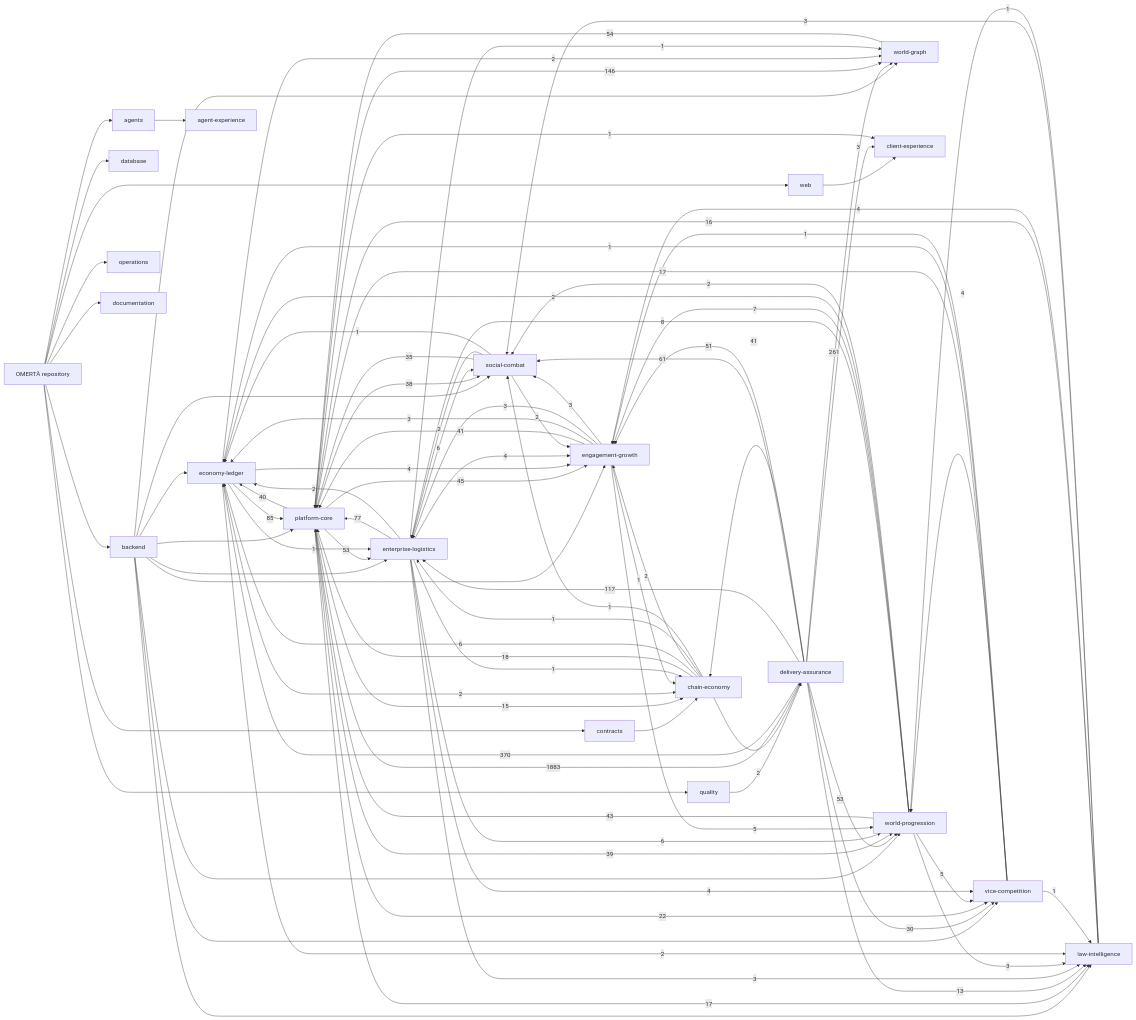
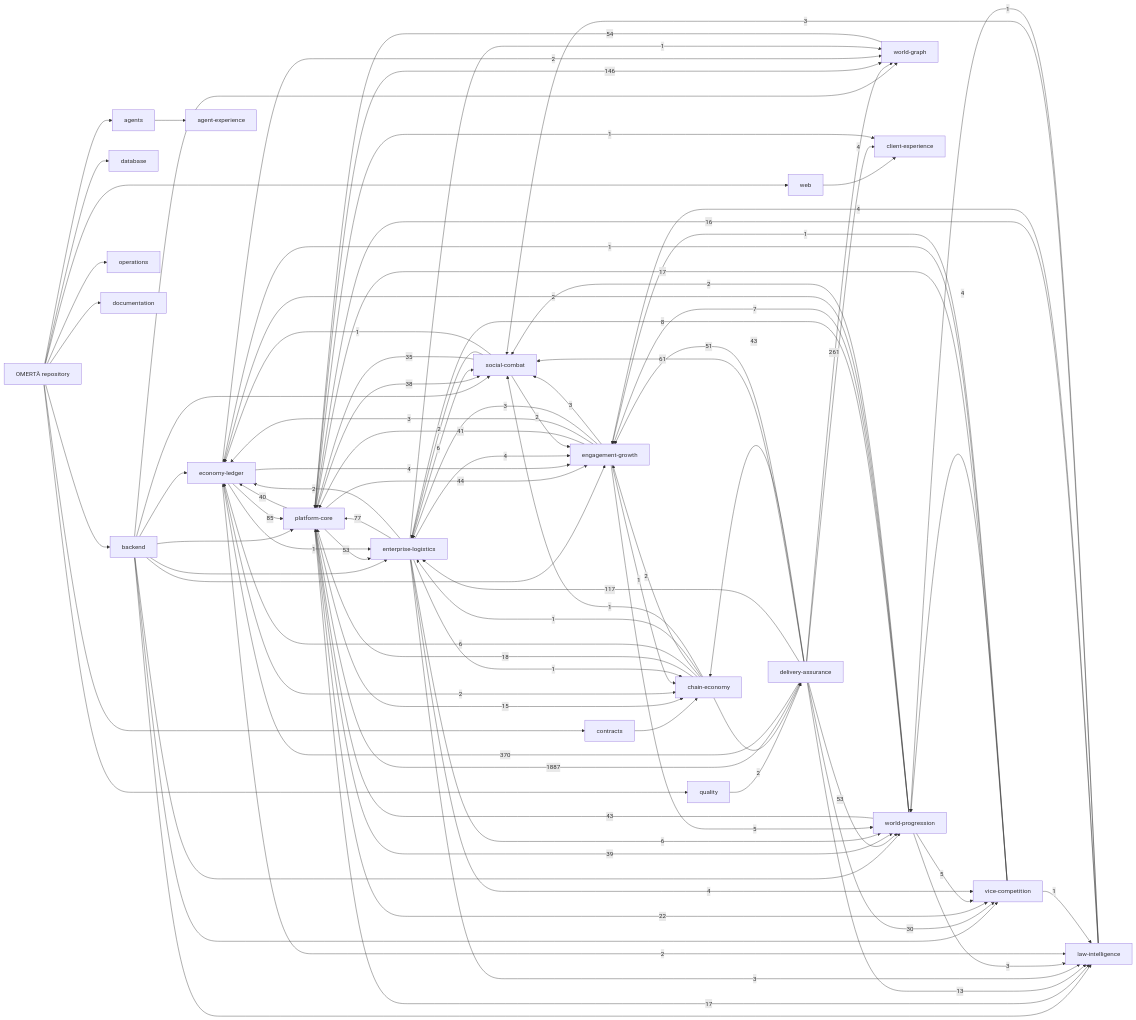
One commit to OmertaDev/Omerta changed the diagram in knowledge/generated/graph.mmd. Above: the diagram before and after it, drawn with Mermaid. The commit also changed 8 other files, not shown here.

```diff
--- a/knowledge/generated/graph.mmd
+++ b/knowledge/generated/graph.mmd
@@ -1,113 +1,113 @@
 flowchart LR
   repo["OMERTÀ repository"]
   sub_backend["backend"]
   repo --> sub_backend
   sub_database["database"]
   repo --> sub_database
   sub_web["web"]
   repo --> sub_web
   sub_contracts["contracts"]
   repo --> sub_contracts
   sub_agents["agents"]
   repo --> sub_agents
   sub_quality["quality"]
   repo --> sub_quality
   sub_operations["operations"]
   repo --> sub_operations
   sub_documentation["documentation"]
   repo --> sub_documentation
   dom_platform-core["platform-core"]
   dom_economy-ledger["economy-ledger"]
   dom_social-combat["social-combat"]
   dom_world-progression["world-progression"]
   dom_world-graph["world-graph"]
   dom_enterprise-logistics["enterprise-logistics"]
   dom_vice-competition["vice-competition"]
   dom_law-intelligence["law-intelligence"]
   dom_chain-economy["chain-economy"]
   dom_engagement-growth["engagement-growth"]
   dom_client-experience["client-experience"]
   dom_agent-experience["agent-experience"]
   dom_delivery-assurance["delivery-assurance"]
   sub_agents --> dom_agent-experience
   sub_backend --> dom_economy-ledger
   sub_backend --> dom_engagement-growth
   sub_backend --> dom_enterprise-logistics
   sub_backend --> dom_law-intelligence
   sub_backend --> dom_platform-core
   sub_backend --> dom_social-combat
   sub_backend --> dom_vice-competition
   sub_backend --> dom_world-graph
   sub_backend --> dom_world-progression
   sub_contracts --> dom_chain-economy
   sub_quality --> dom_delivery-assurance
   sub_web --> dom_client-experience
-  dom_delivery-assurance -->|1883| dom_platform-core
+  dom_delivery-assurance -->|1887| dom_platform-core
   dom_delivery-assurance -->|370| dom_economy-ledger
   dom_delivery-assurance -->|261| dom_world-graph
   dom_platform-core -->|146| dom_world-graph
   dom_delivery-assurance -->|117| dom_enterprise-logistics
   dom_economy-ledger -->|85| dom_platform-core
   dom_enterprise-logistics -->|77| dom_platform-core
   dom_delivery-assurance -->|61| dom_social-combat
   dom_world-graph -->|54| dom_platform-core
   dom_delivery-assurance -->|53| dom_world-progression
   dom_platform-core -->|53| dom_enterprise-logistics
   dom_delivery-assurance -->|51| dom_engagement-growth
-  dom_platform-core -->|45| dom_engagement-growth
+  dom_platform-core -->|44| dom_engagement-growth
+  dom_delivery-assurance -->|43| dom_chain-economy
   dom_world-progression -->|43| dom_platform-core
-  dom_delivery-assurance -->|41| dom_chain-economy
   dom_engagement-growth -->|41| dom_platform-core
   dom_platform-core -->|40| dom_economy-ledger
   dom_platform-core -->|39| dom_world-progression
   dom_platform-core -->|38| dom_social-combat
   dom_social-combat -->|35| dom_platform-core
   dom_delivery-assurance -->|30| dom_vice-competition
   dom_platform-core -->|22| dom_vice-competition
   dom_chain-economy -->|18| dom_platform-core
   dom_platform-core -->|17| dom_law-intelligence
   dom_vice-competition -->|17| dom_platform-core
   dom_law-intelligence -->|16| dom_platform-core
   dom_platform-core -->|15| dom_chain-economy
   dom_delivery-assurance -->|13| dom_law-intelligence
   dom_world-progression -->|8| dom_enterprise-logistics
   dom_world-progression -->|7| dom_engagement-growth
   dom_chain-economy -->|6| dom_economy-ledger
   dom_enterprise-logistics -->|6| dom_social-combat
   dom_enterprise-logistics -->|6| dom_world-progression
   dom_engagement-growth -->|5| dom_world-progression
   dom_world-progression -->|5| dom_vice-competition
+  dom_delivery-assurance -->|4| dom_client-experience
   dom_economy-ledger -->|4| dom_engagement-growth
   dom_enterprise-logistics -->|4| dom_engagement-growth
   dom_enterprise-logistics -->|4| dom_vice-competition
   dom_law-intelligence -->|4| dom_engagement-growth
   dom_vice-competition -->|4| dom_world-progression
-  dom_delivery-assurance -->|3| dom_client-experience
   dom_engagement-growth -->|3| dom_economy-ledger
   dom_engagement-growth -->|3| dom_enterprise-logistics
   dom_engagement-growth -->|3| dom_social-combat
   dom_enterprise-logistics -->|3| dom_law-intelligence
   dom_law-intelligence -->|3| dom_social-combat
   dom_world-progression -->|3| dom_law-intelligence
   dom_chain-economy -->|2| dom_delivery-assurance
   dom_chain-economy -->|2| dom_engagement-growth
   dom_economy-ledger -->|2| dom_chain-economy
   dom_economy-ledger -->|2| dom_law-intelligence
   dom_economy-ledger -->|2| dom_world-graph
   dom_enterprise-logistics -->|2| dom_economy-ledger
   dom_social-combat -->|2| dom_engagement-growth
   dom_social-combat -->|2| dom_enterprise-logistics
   dom_world-progression -->|2| dom_economy-ledger
   dom_world-progression -->|2| dom_social-combat
   dom_chain-economy -->|1| dom_enterprise-logistics
   dom_chain-economy -->|1| dom_social-combat
   dom_economy-ledger -->|1| dom_enterprise-logistics
   dom_engagement-growth -->|1| dom_chain-economy
   dom_enterprise-logistics -->|1| dom_chain-economy
   dom_enterprise-logistics -->|1| dom_world-graph
   dom_law-intelligence -->|1| dom_world-progression
   dom_platform-core -->|1| dom_client-experience
   dom_social-combat -->|1| dom_economy-ledger
   dom_vice-competition -->|1| dom_economy-ledger
   dom_vice-competition -->|1| dom_engagement-growth
   dom_vice-competition -->|1| dom_law-intelligence
```
